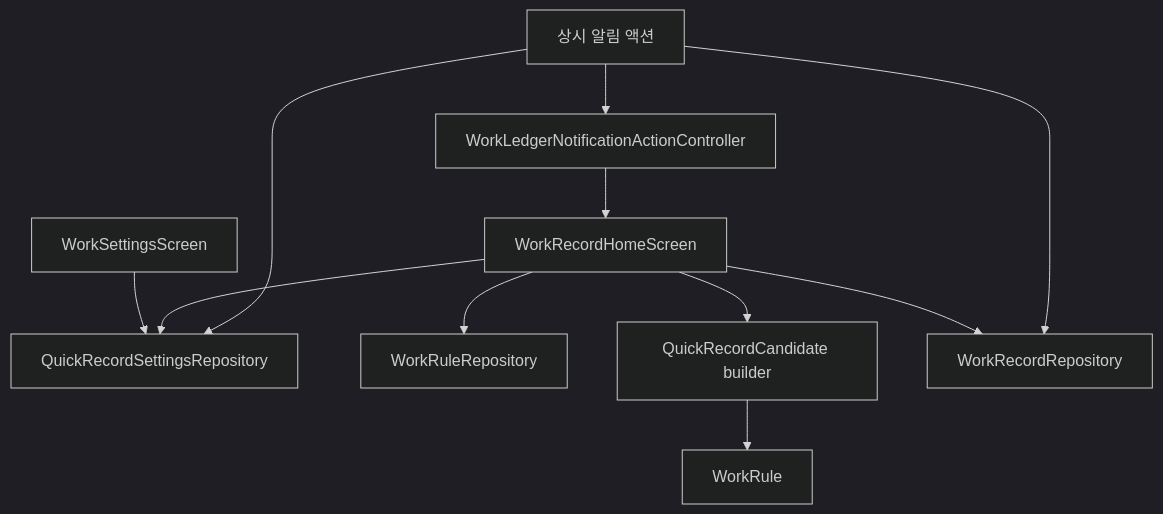
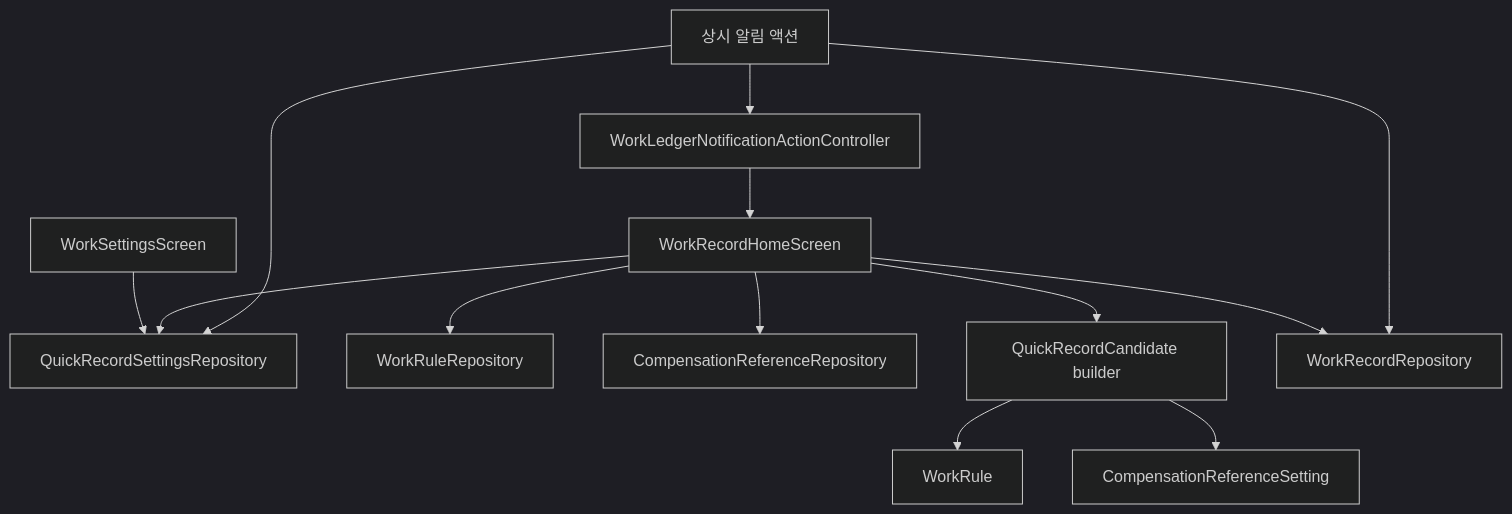
Before and after one commit to zzocojoa/MyWorkLedger: the first of 3 diagrams in docs/02-design/features/work-record-quick-record-mode.design.md, drawn with Mermaid (dark theme). The commit also changed other lines of this file and 7 other files, not shown here.

````diff
--- a/docs/02-design/features/work-record-quick-record-mode.design.md
+++ b/docs/02-design/features/work-record-quick-record-mode.design.md
@@ -80,13 +81,15 @@
 ```mermaid
 flowchart TD
   Settings["WorkSettingsScreen"] --> QuickSettingsRepo["QuickRecordSettingsRepository"]
   Home["WorkRecordHomeScreen"] --> QuickSettingsRepo
   Home --> WorkRuleRepo["WorkRuleRepository"]
+  Home --> CompensationRepo["CompensationReferenceRepository"]
   Home --> Candidate["QuickRecordCandidate builder"]
   Candidate --> WorkRule["WorkRule"]
+  Candidate --> Compensation["CompensationReferenceSetting"]
   Home --> WorkRecordRepo["WorkRecordRepository"]
   Notification["상시 알림 액션"] --> QuickSettingsRepo
   Notification --> WorkRecordRepo
   Notification --> Controller["WorkLedgerNotificationActionController"]
   Controller --> Home
 ```
````
